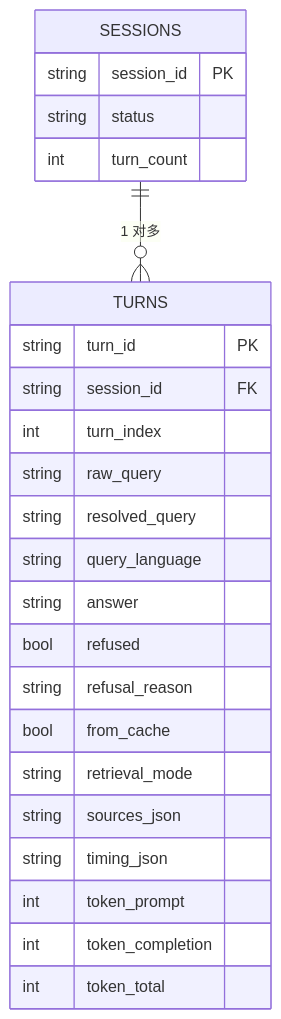
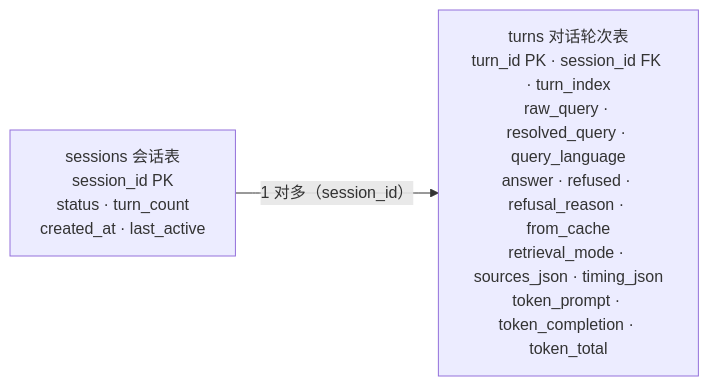
Before and after one commit to jingwu0210/rag-demo: diagram 16 of 28 in designs/rag-service-design.md, drawn with Mermaid. The commit also changed other lines of this file and 3 other files, not shown here.

First line of the commit message:
docs: convert §5 Ingest + §6 eval to mermaid diagrams

````diff
--- a/designs/rag-service-design.md
+++ b/designs/rag-service-design.md
@@ -1122,27 +1121,6 @@
 ```mermaid
-erDiagram
-    SESSIONS ||--o{ TURNS : "1 对多"
-    SESSIONS {
-        string session_id PK
-        string status
-        int turn_count
-    }
-    TURNS {
-        string turn_id PK
-        string session_id FK
-        int turn_index
-        string raw_query
-        string resolved_query
-        string query_language
-        string answer
-        bool refused
-        string refusal_reason
-        bool from_cache
-        string retrieval_mode
-        string sources_json
-        string timing_json
-        int token_prompt
-        int token_completion
-        int token_total
-    }
+flowchart LR
+    S["sessions 会话表<br/>session_id PK<br/>status · turn_count<br/>created_at · last_active"]
+    T["turns 对话轮次表<br/>turn_id PK · session_id FK · turn_index<br/>raw_query · resolved_query · query_language<br/>answer · refused · refusal_reason · from_cache<br/>retrieval_mode · sources_json · timing_json<br/>token_prompt · token_completion · token_total"]
+    S -->|"1 对多（session_id）"| T
 ```
````
